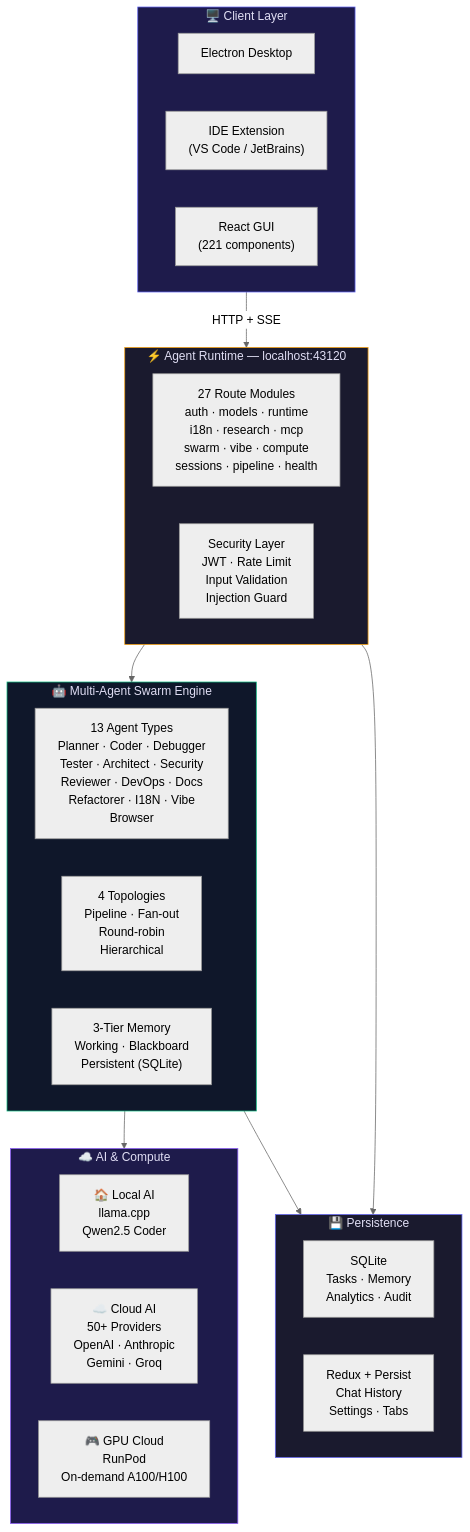
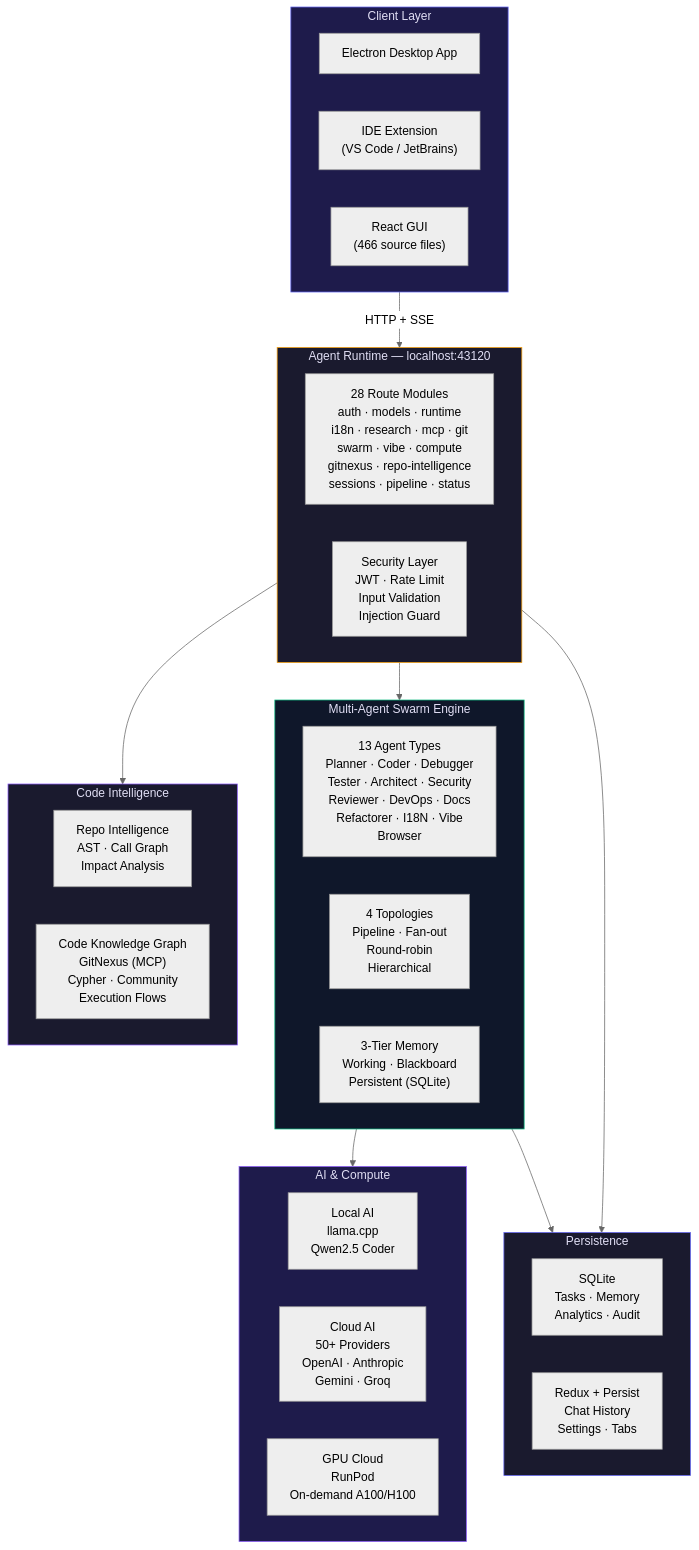
One commit to inbharat-ai/codein.pro changed the first of 5 diagrams in README.md. Above: the diagram before and after it, drawn with Mermaid (neutral theme). The commit also changed other lines of this file and 67 other files, not shown here.

````diff
--- a/README.md
+++ b/README.md
@@ -209,47 +209,55 @@
 ```mermaid
 graph TB
-    subgraph Clients["🖥️ Client Layer"]
+    subgraph Clients["Client Layer"]
         direction LR
-        EL["Electron Desktop"]
+        EL["Electron Desktop App"]
         EXT["IDE Extension<br/>(VS Code / JetBrains)"]
-        GUI["React GUI<br/>(221 components)"]
+        GUI["React GUI<br/>(466 source files)"]
     end
 
-    subgraph Agent["⚡ Agent Runtime — localhost:43120"]
+    subgraph Agent["Agent Runtime — localhost:43120"]
         direction LR
-        ROUTES["27 Route Modules<br/>auth · models · runtime<br/>i18n · research · mcp<br/>swarm · vibe · compute<br/>sessions · pipeline · health"]
+        ROUTES["28 Route Modules<br/>auth · models · runtime<br/>i18n · research · mcp · git<br/>swarm · vibe · compute<br/>gitnexus · repo-intelligence<br/>sessions · pipeline · status"]
         SEC["Security Layer<br/>JWT · Rate Limit<br/>Input Validation<br/>Injection Guard"]
     end
 
-    subgraph MAS["🤖 Multi-Agent Swarm Engine"]
+    subgraph MAS["Multi-Agent Swarm Engine"]
         direction LR
         AGENTS["13 Agent Types<br/>Planner · Coder · Debugger<br/>Tester · Architect · Security<br/>Reviewer · DevOps · Docs<br/>Refactorer · I18N · Vibe<br/>Browser"]
         TOPO["4 Topologies<br/>Pipeline · Fan-out<br/>Round-robin<br/>Hierarchical"]
         MEM["3-Tier Memory<br/>Working · Blackboard<br/>Persistent (SQLite)"]
     end
 
-    subgraph Infra["☁️ AI & Compute"]
+    subgraph Intelligence["Code Intelligence"]
         direction LR
-        LOCAL["🏠 Local AI<br/>llama.cpp<br/>Qwen2.5 Coder"]
-        CLOUD["☁️ Cloud AI<br/>50+ Providers<br/>OpenAI · Anthropic<br/>Gemini · Groq"]
-        GPU["🎮 GPU Cloud<br/>RunPod<br/>On-demand A100/H100"]
+        REPO["Repo Intelligence<br/>AST · Call Graph<br/>Impact Analysis"]
+        GRAPH["Code Knowledge Graph<br/>GitNexus (MCP)<br/>Cypher · Community<br/>Execution Flows"]
     end
 
-    subgraph Store["💾 Persistence"]
+    subgraph Infra["AI & Compute"]
+        direction LR
+        LOCAL["Local AI<br/>llama.cpp<br/>Qwen2.5 Coder"]
+        CLOUD["Cloud AI<br/>50+ Providers<br/>OpenAI · Anthropic<br/>Gemini · Groq"]
+        GPU["GPU Cloud<br/>RunPod<br/>On-demand A100/H100"]
+    end
+
+    subgraph Store["Persistence"]
         direction LR
         SQLITE["SQLite<br/>Tasks · Memory<br/>Analytics · Audit"]
         REDUX["Redux + Persist<br/>Chat History<br/>Settings · Tabs"]
     end
 
     Clients -->|"HTTP + SSE"| Agent
     Agent --> MAS
+    Agent --> Intelligence
     MAS --> Infra
     MAS --> Store
     Agent --> Store
 
     style Clients fill:#1e1b4b,stroke:#6366f1,color:#e0def4
     style Agent fill:#1a1a2e,stroke:#f59e0b,color:#e0def4
     style MAS fill:#0f172a,stroke:#10b981,color:#e0def4
+    style Intelligence fill:#1a1a2e,stroke:#8b5cf6,color:#e0def4
     style Infra fill:#1e1b4b,stroke:#8b5cf6,color:#e0def4
     style Store fill:#1a1a2e,stroke:#6366f1,color:#e0def4
 ```
````
